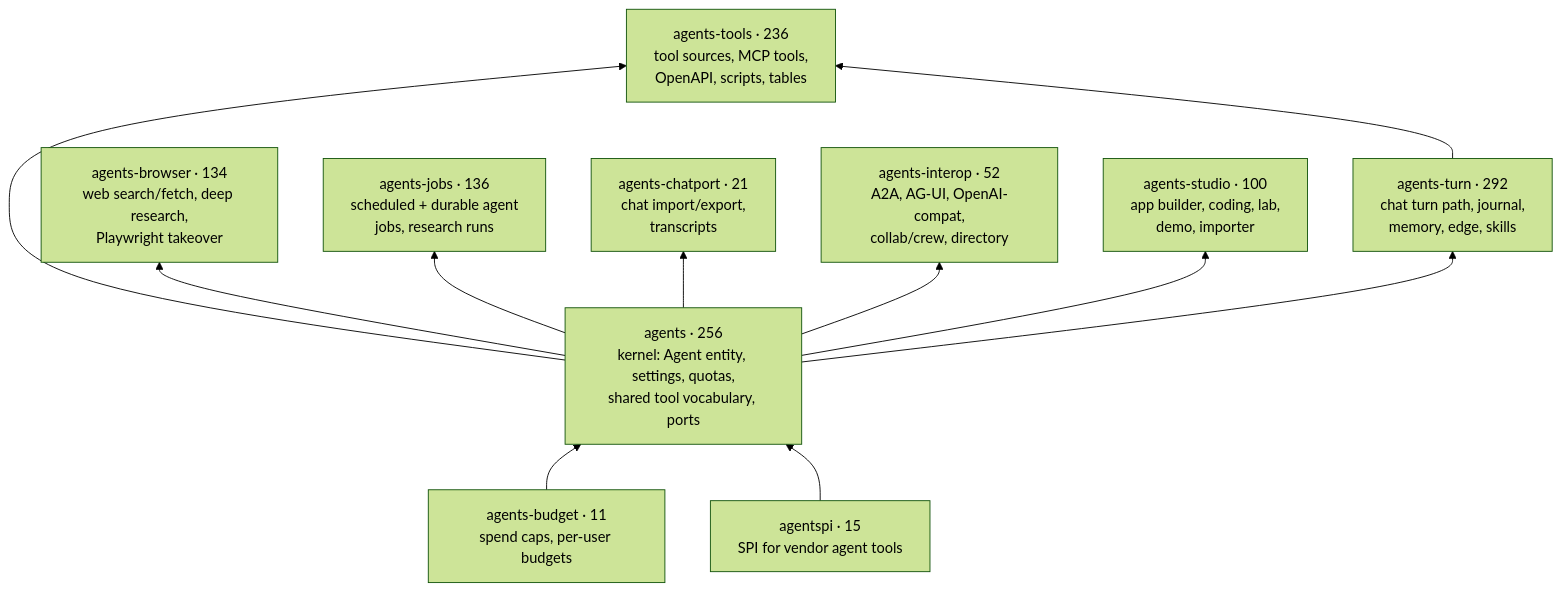
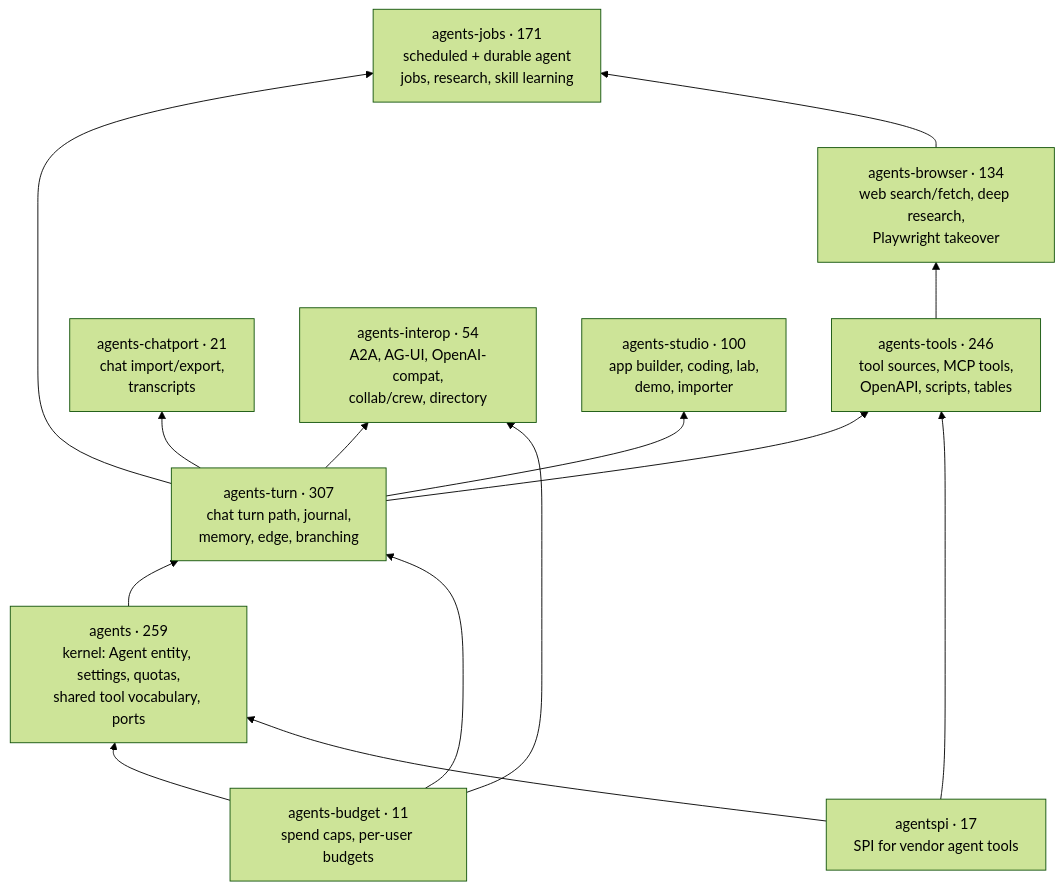
One commit to CD-LC/vegaduta changed the diagram in docs/architecture/agents-decomposition/README.md. Above: the diagram before and after it, drawn with Mermaid (forest theme). The commit also changed other lines of this file and 23 other files, not shown here.

````diff
--- a/docs/architecture/agents-decomposition/README.md
+++ b/docs/architecture/agents-decomposition/README.md
@@ -10,23 +12,26 @@
 ```mermaid
 flowchart BT
   budget[agents-budget · 11<br/>spend caps, per-user budgets]
-  spi[agentspi · 15<br/>SPI for vendor agent tools]
-  kernel[agents · 256<br/>kernel: Agent entity, settings, quotas,<br/>shared tool vocabulary, ports]
-  turn[agents-turn · 292<br/>chat turn path, journal,<br/>memory, edge, skills]
-  tools[agents-tools · 236<br/>tool sources, MCP tools,<br/>OpenAPI, scripts, tables]
+  spi[agentspi · 17<br/>SPI for vendor agent tools]
+  kernel[agents · 259<br/>kernel: Agent entity, settings, quotas,<br/>shared tool vocabulary, ports]
+  turn[agents-turn · 307<br/>chat turn path, journal,<br/>memory, edge, branching]
+  tools[agents-tools · 246<br/>tool sources, MCP tools,<br/>OpenAPI, scripts, tables]
   browser[agents-browser · 134<br/>web search/fetch, deep research,<br/>Playwright takeover]
-  jobs[agents-jobs · 136<br/>scheduled + durable agent<br/>jobs, research runs]
+  jobs[agents-jobs · 171<br/>scheduled + durable agent<br/>jobs, research, skill learning]
   chatport[agents-chatport · 21<br/>chat import/export,<br/>transcripts]
-  interop[agents-interop · 52<br/>A2A, AG-UI, OpenAI-compat,<br/>collab/crew, directory]
+  interop[agents-interop · 54<br/>A2A, AG-UI, OpenAI-compat,<br/>collab/crew, directory]
   studio[agents-studio · 100<br/>app builder, coding, lab,<br/>demo, importer]
   budget --> kernel
   spi --> kernel
   kernel --> turn
-  kernel --> tools
-  kernel --> browser
-  kernel --> jobs
-  kernel --> chatport
-  kernel --> interop
-  kernel --> studio
+  budget --> turn
   turn --> tools
+  spi --> tools
+  tools --> browser
+  turn --> jobs
+  browser --> jobs
+  turn --> chatport
+  turn --> interop
+  budget --> interop
+  turn --> studio
 ```
````
